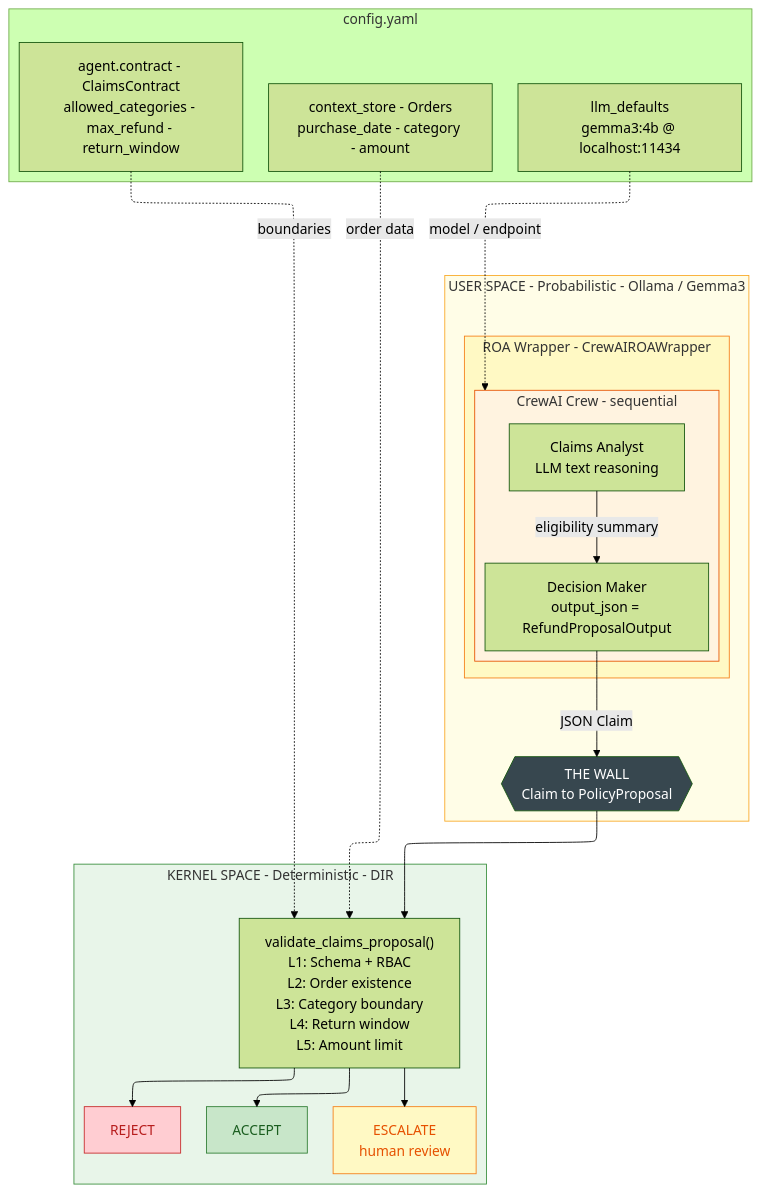
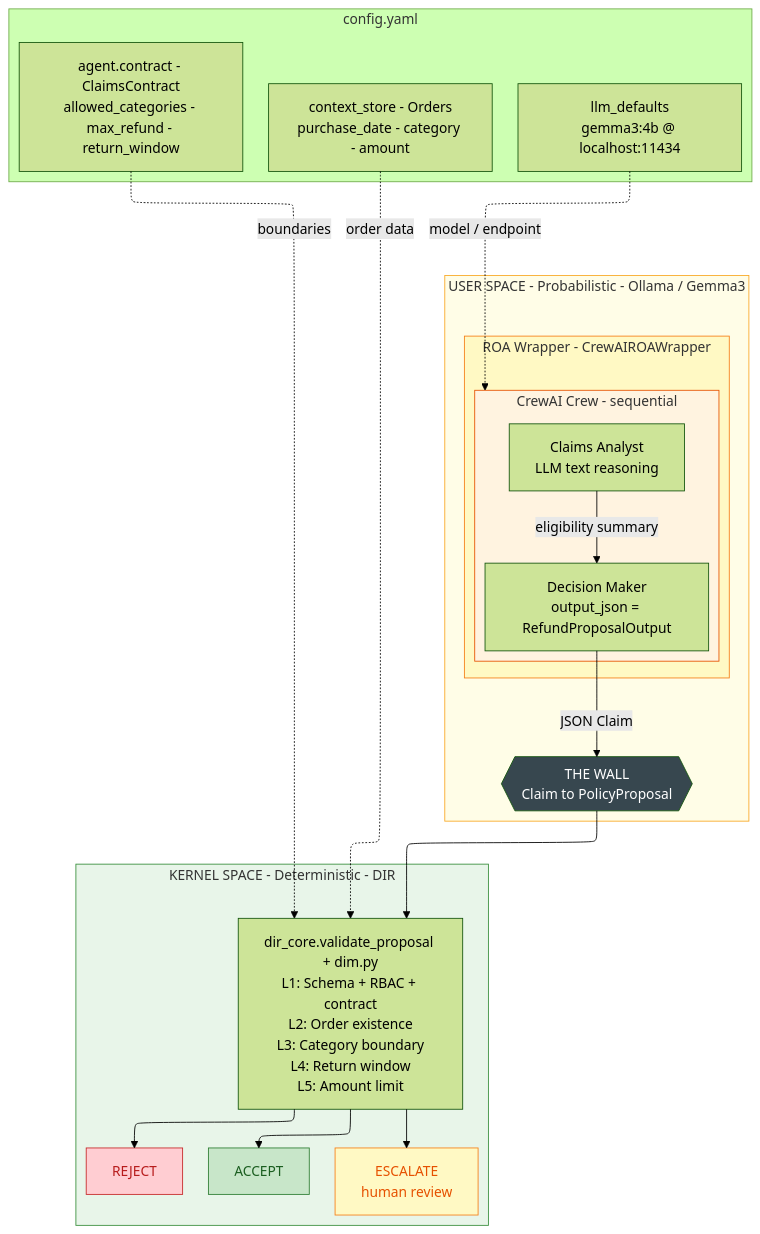
The second of 4 diagrams in samples/35_crewai_roa_wrapper/README.md (huka81/decision-intelligence-runtime), drawn with Mermaid (forest theme) before and after one commit. The commit also changed other lines of this file and 17 other files, not shown here.

````diff
--- a/samples/35_crewai_roa_wrapper/README.md
+++ b/samples/35_crewai_roa_wrapper/README.md
@@ -29,47 +50,47 @@
 ```mermaid
 ---
 config:
   layout: elk
 ---
 flowchart TB
     subgraph CFG["config.yaml"]
         LLMCFG["`llm_defaults<br/>gemma3:4b @ localhost:11434`"]
         CONTRACT["`agent.contract - ClaimsContract<br/>allowed_categories - max_refund - return_window`"]
         CTXSTORE["`context_store - Orders<br/>purchase_date - category - amount`"]
     end
 
     subgraph US["USER SPACE - Probabilistic - Ollama / Gemma3"]
         subgraph ROA["ROA Wrapper - CrewAIROAWrapper"]
             subgraph CREW["CrewAI Crew - sequential"]
                 ANA["`Claims Analyst<br/>LLM text reasoning`"]
                 DM["`Decision Maker<br/>output_json = RefundProposalOutput`"]
                 ANA -->|eligibility summary| DM
             end
         end
         DM -->|JSON Claim| WALL
     end
 
     WALL{{"`THE WALL<br/>Claim to PolicyProposal`"}}
 
     subgraph KS["KERNEL SPACE - Deterministic - DIR"]
-        DIM["`validate_claims_proposal()<br/>L1: Schema + RBAC<br/>L2: Order existence<br/>L3: Category boundary<br/>L4: Return window<br/>L5: Amount limit`"]
+        DIM["`dir_core.validate_proposal + dim.py<br/>L1: Schema + RBAC + contract<br/>L2: Order existence<br/>L3: Category boundary<br/>L4: Return window<br/>L5: Amount limit`"]
         ACCEPT["ACCEPT"]
         ESC["`ESCALATE<br/>human review`"]
         REJ["REJECT"]
         DIM --> ACCEPT & ESC & REJ
     end
 
     WALL --> DIM
     CTXSTORE -.->|order data| DIM
     CONTRACT -.->|boundaries| DIM
     LLMCFG -.->|model / endpoint| CREW
 
     style US fill:#fffde7,stroke:#f9a825,color:#333
     style KS fill:#e8f5e9,stroke:#388e3c,color:#333
     style ROA fill:#fff9c4,stroke:#f57f17,color:#333
     style CREW fill:#fff3e0,stroke:#e65100,color:#333
     style WALL fill:#37474f,color:#fff
     style ACCEPT fill:#c8e6c9,stroke:#2e7d32,color:#1b5e20
     style ESC fill:#fff9c4,stroke:#f57f17,color:#e65100
     style REJ fill:#ffcdd2,stroke:#c62828,color:#b71c1c
 ```
````
